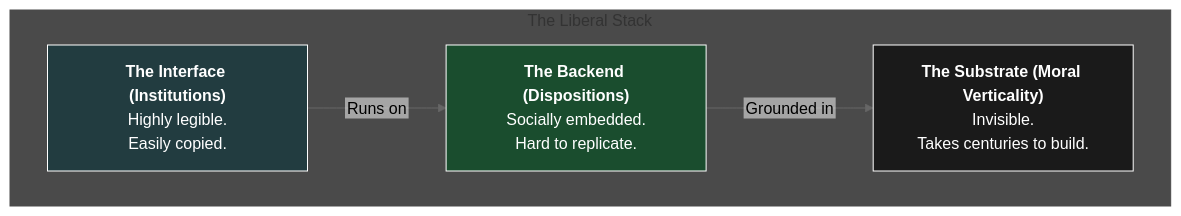
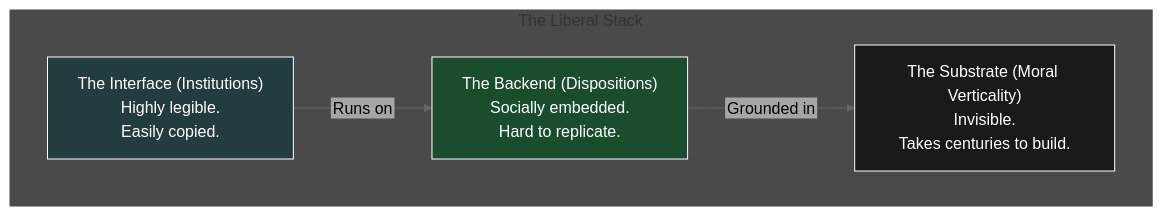
Before and after one commit to Shelbournator/thoughts: the diagram in _posts/2026-04-01-the-liberal-interface.md, drawn with Mermaid (neutral theme). The commit also changed other lines of this file, not shown here.

````diff
--- a/_posts/2026-04-01-the-liberal-interface.md
+++ b/_posts/2026-04-01-the-liberal-interface.md
@@ -96,17 +97,17 @@
 ```mermaid
 %%{init: { "flowchart": { "htmlLabels": false } } }%%
 graph TD
     subgraph S["The Liberal Stack"]
-        L1["<b>The Interface (Institutions)</b><br/>Highly legible.<br/>Easily copied."]
-        L2["<b>The Backend (Dispositions)</b><br/>Socially embedded.<br/>Hard to replicate."]
-        L3["<b>The Substrate (Moral Verticality)</b><br/>Invisible.<br/>Takes centuries to build."]
+        L1["The Interface (Institutions)<br/>Highly legible.<br/>Easily copied."]
+        L2["The Backend (Dispositions)<br/>Socially embedded.<br/>Hard to replicate."]
+        L3["The Substrate (Moral Verticality)<br/>Invisible.<br/>Takes centuries to build."]
     end
 
     L1 -->|Runs on| L2
     L2 -->|Grounded in| L3
 
     style S fill:#4a4a4a,stroke:#4a4a4a,color:#fff
     style L1 fill:#223c40,stroke:#fff,color:#fff
     style L2 fill:#1a4d2e,stroke:#fff,color:#fff
     style L3 fill:#1a1a1a,stroke:#fff,color:#fff
 ```
````
